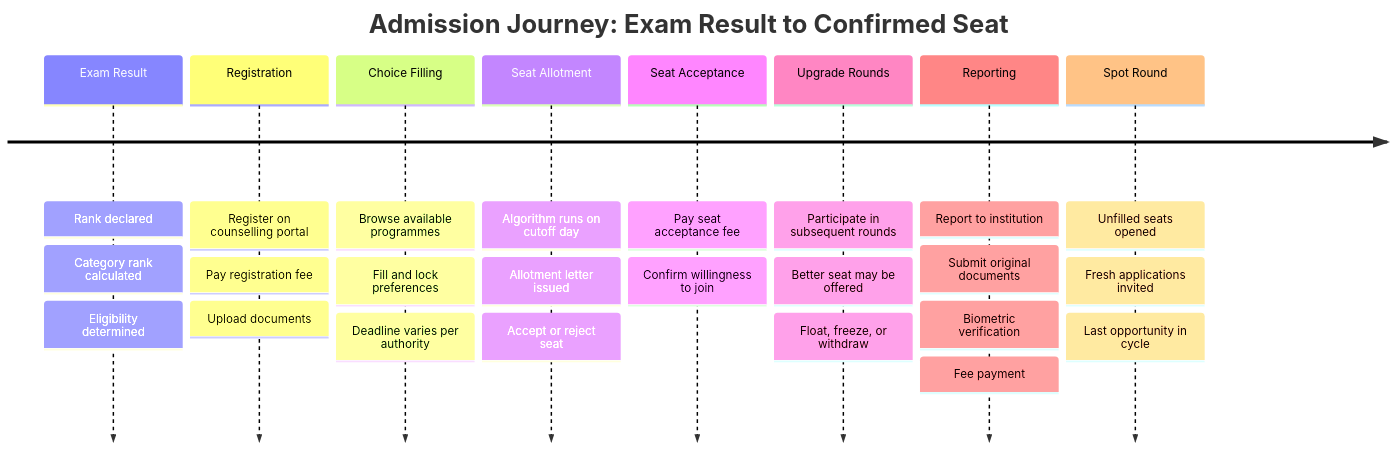
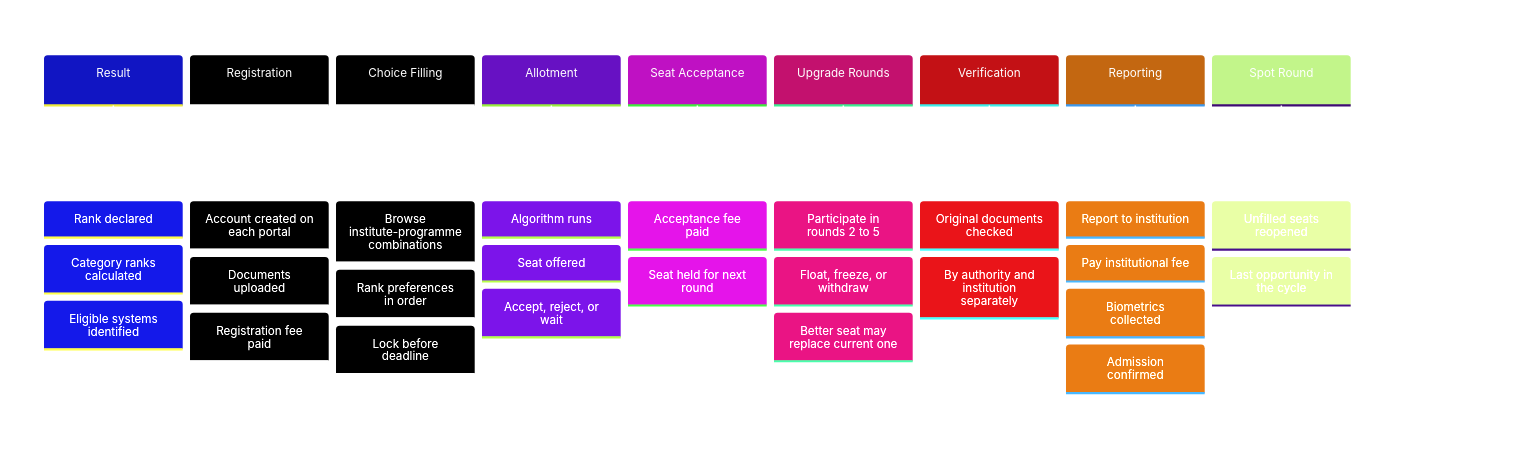
Before and after one commit to aashrutsharma2/docs: the first of 2 diagrams in blueprint/admissions-landscape.mdx, drawn with Mermaid. The commit also changed other lines of this file and 3 other files, not shown here.

````diff
--- a/blueprint/admissions-landscape.mdx
+++ b/blueprint/admissions-landscape.mdx
@@ -52,36 +45,56 @@
 ```mermaid
+%%{init: {
+  'theme': 'base',
+  'themeVariables': {
+    'primaryColor': '#6366f1',
+    'primaryTextColor': '#ffffff',
+    'primaryBorderColor': '#4f46e5',
+    'lineColor': '#8b5cf6',
+    'secondaryColor': '#1e1b4b',
+    'tertiaryColor': '#0f172a',
+    'background': 'transparent',
+    'mainBkg': '#6366f1',
+    'nodeBorder': '#4f46e5',
+    'clusterBkg': '#1e1b4b',
+    'titleColor': '#a5b4fc',
+    'edgeLabelBackground': '#1e293b',
+    'fontFamily': 'Inter, sans-serif'
+  }
+}}%%
 timeline
-    title Admission Journey: Exam Result to Confirmed Seat
+    title From Exam Result to Confirmed Seat
 
-    Exam Result    : Rank declared
-                   : Category rank calculated
-                   : Eligibility determined
+    Result         : Rank declared
+                   : Category ranks calculated
+                   : Eligible systems identified
 
-    Registration   : Register on counselling portal
-                   : Pay registration fee
-                   : Upload documents
+    Registration   : Account created on each portal
+                   : Documents uploaded
+                   : Registration fee paid
 
-    Choice Filling : Browse available programmes
-                   : Fill and lock preferences
-                   : Deadline varies per authority
+    Choice Filling : Browse institute-programme combinations
+                   : Rank preferences in order
+                   : Lock before deadline
 
-    Seat Allotment : Algorithm runs on cutoff day
-                   : Allotment letter issued
-                   : Accept or reject seat
+    Allotment      : Algorithm runs
+                   : Seat offered
+                   : Accept, reject, or wait
 
-    Seat Acceptance : Pay seat acceptance fee
-                    : Confirm willingness to join
+    Seat Acceptance : Acceptance fee paid
+                    : Seat held for next round
 
-    Upgrade Rounds  : Participate in subsequent rounds
-                    : Better seat may be offered
+    Upgrade Rounds  : Participate in rounds 2 to 5
                     : Float, freeze, or withdraw
+                    : Better seat may replace current one
+
+    Verification    : Original documents checked
+                    : By authority and institution separately
 
     Reporting       : Report to institution
-                    : Submit original documents
-                    : Biometric verification
-                    : Fee payment
+                    : Pay institutional fee
+                    : Biometrics collected
+                    : Admission confirmed
 
-    Spot Round      : Unfilled seats opened
-                    : Fresh applications invited
-                    : Last opportunity in cycle
+    Spot Round      : Unfilled seats reopened
+                    : Last opportunity in the cycle
 ```
````
